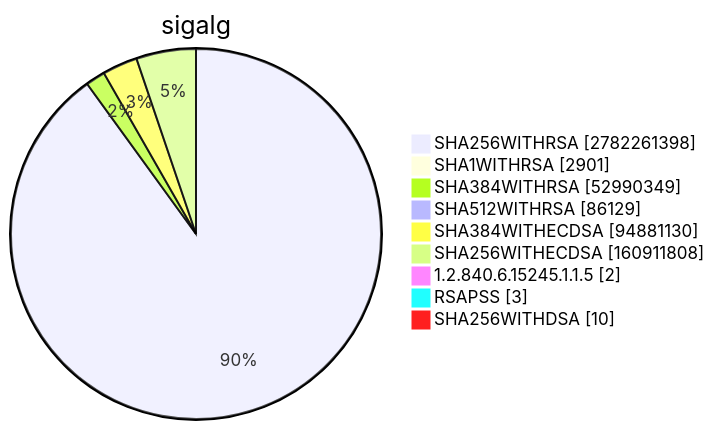
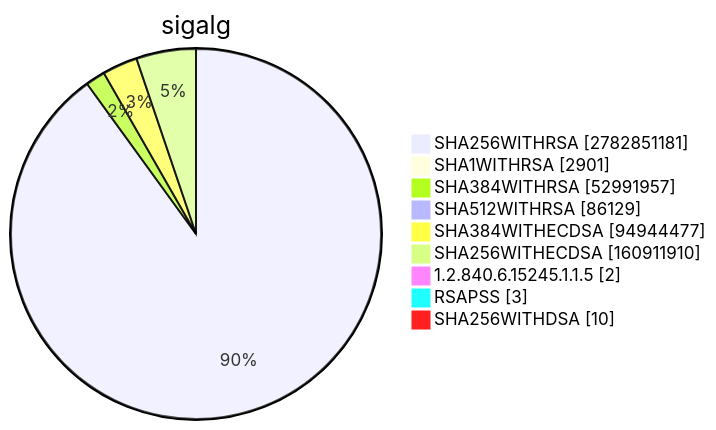
One commit to christiankrug/ctmonitor_visualization changed diagram 15 of 15 in TOTAL/README.md. Above: the diagram before and after it, drawn with Mermaid. The commit also changed other lines of this file, not shown here.

````diff
--- a/TOTAL/README.md
+++ b/TOTAL/README.md
@@ -6207,13 +6207,13 @@
 ```mermaid
 pie showData
 title sigalg
-"SHA256WITHRSA" :2782261398
+"SHA256WITHRSA" :2782851181
 "SHA1WITHRSA" :2901
-"SHA384WITHRSA" :52990349
+"SHA384WITHRSA" :52991957
 "SHA512WITHRSA" :86129
-"SHA384WITHECDSA" :94881130
-"SHA256WITHECDSA" :160911808
+"SHA384WITHECDSA" :94944477
+"SHA256WITHECDSA" :160911910
 "1.2.840.6.15245.1.1.5" :2
 "RSAPSS" :3
 "SHA256WITHDSA" :10
 ```
````
